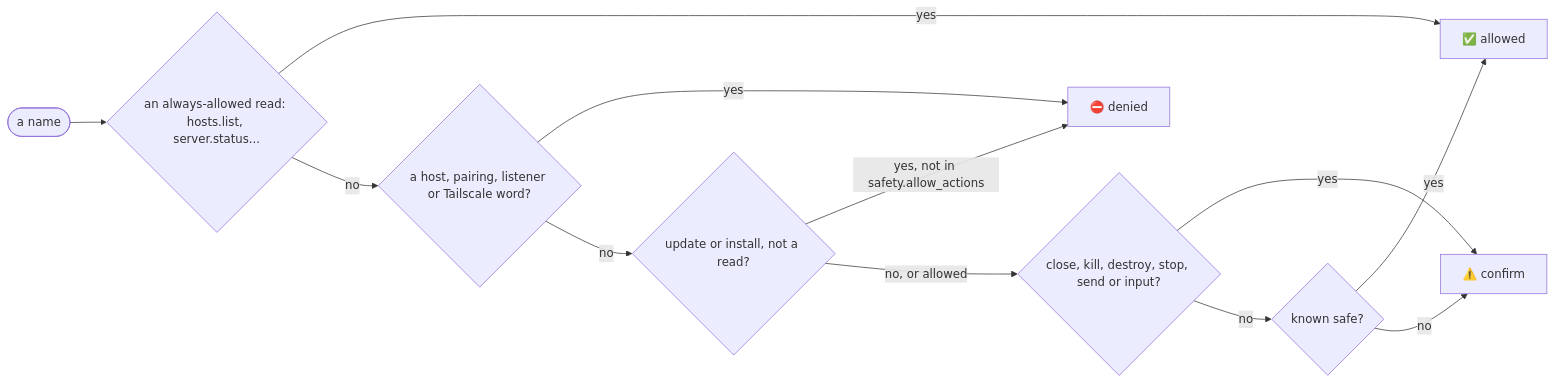
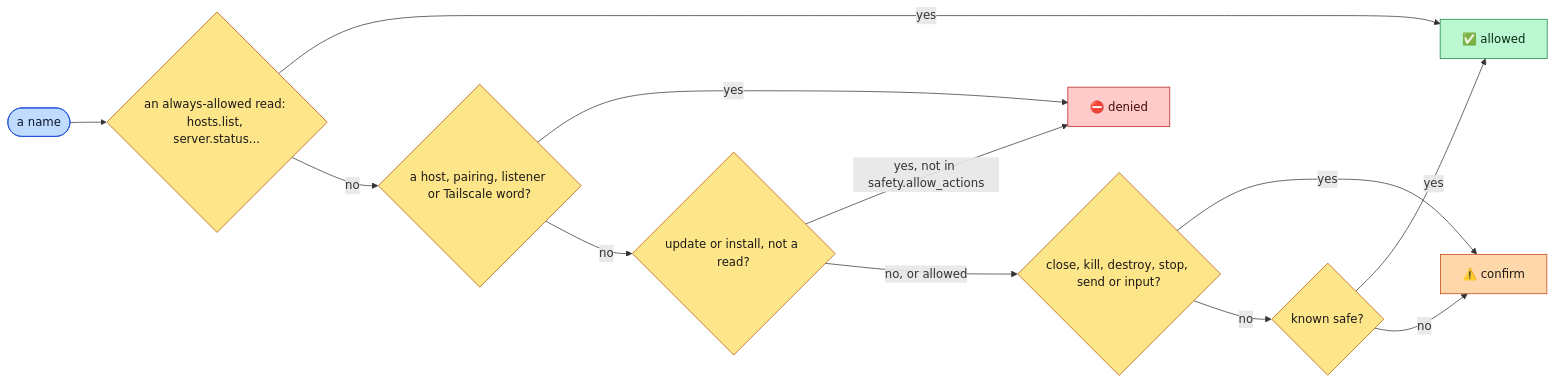
Before and after one commit to rbobillot/lazyrex: the second of 2 diagrams in docs/safety.md, drawn with Mermaid. The commit also changed other lines of this file and 11 other files, not shown here.

Commit message:
docs: color the mermaid diagrams

````diff
--- a/docs/safety.md
+++ b/docs/safety.md
@@ -41,14 +54,26 @@
 ```mermaid
 flowchart LR
     name(["a name"]) --> reads{"an always-allowed read: hosts.list, server.status..."}
     reads -->|"yes"| ok["✅ allowed"]
     reads -->|"no"| hostish{"a host, pairing, listener or Tailscale word?"}
     hostish -->|"yes"| no["⛔ denied"]
     hostish -->|"no"| update{"update or install, not a read?"}
     update -->|"yes, not in safety.allow_actions"| no
     update -->|"no, or allowed"| destructive{"close, kill, destroy, stop, send or input?"}
     destructive -->|"yes"| ask["⚠️ confirm"]
     destructive -->|"no"| known{"known safe?"}
     known -->|"yes"| ok
     known -->|"no"| ask
+    classDef entry fill:#bfdbfe,stroke:#1d4ed8,color:#0f172a
+    classDef step fill:#e2e8f0,stroke:#475569,color:#0f172a
+    classDef decision fill:#fde68a,stroke:#b45309,color:#1c1917
+    classDef caution fill:#fed7aa,stroke:#c2410c,color:#1c1917
+    classDef success fill:#bbf7d0,stroke:#15803d,color:#052e16
+    classDef failure fill:#fecaca,stroke:#b91c1c,color:#450a0a
+    classDef rexside fill:#99f6e4,stroke:#0f766e,color:#042f2e
+    class name entry
+    class reads,hostish,update,destructive,known decision
+    class ask caution
+    class ok success
+    class no failure
 ```
````
